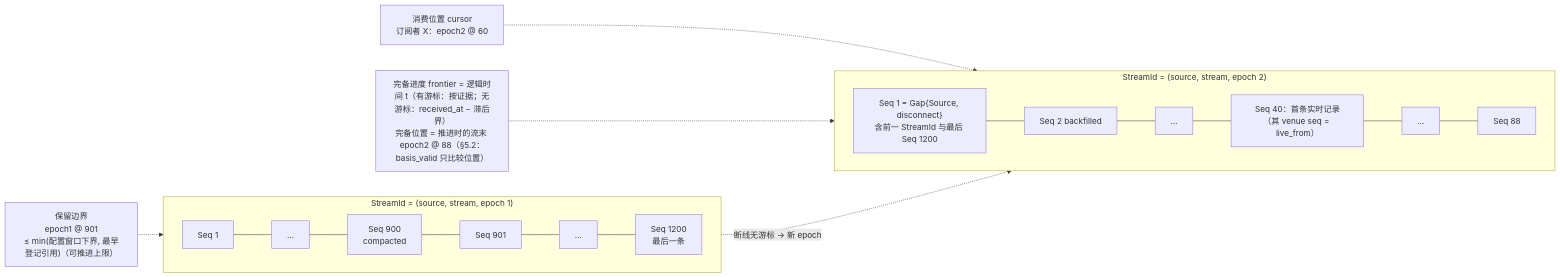
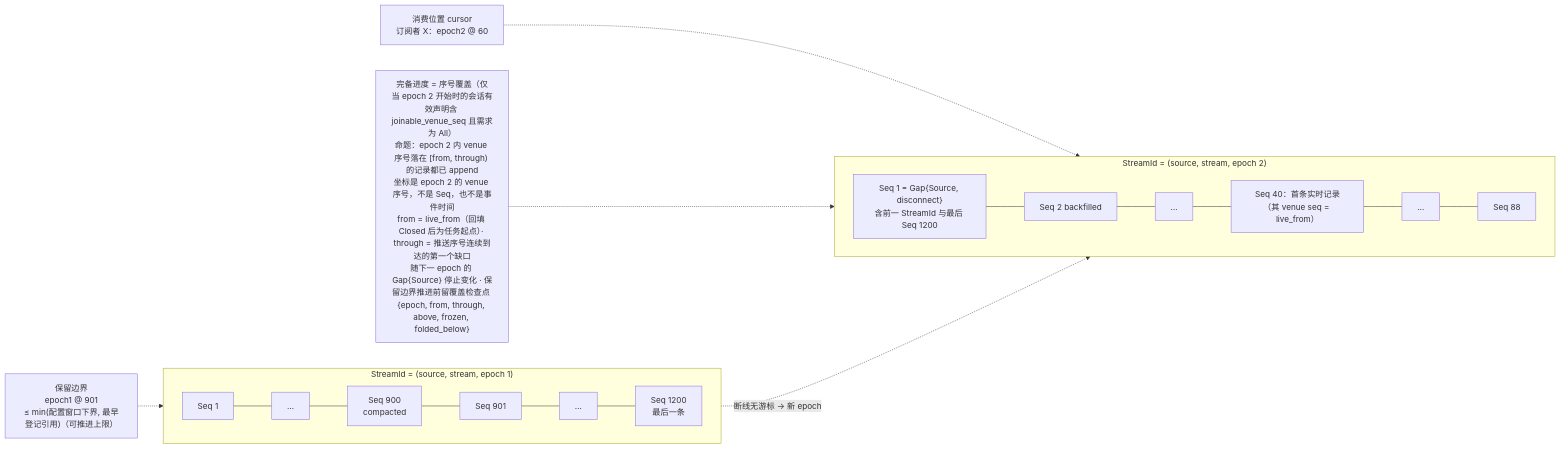
The second of 4 diagrams in design/diagrams/02-record-model.md (mouriya-s-lab/uta), drawn with Mermaid before and after one commit. The commit also changed other lines of this file and 12 other files, not shown here.

````diff
--- a/design/diagrams/02-record-model.md
+++ b/design/diagrams/02-record-model.md
@@ -42,15 +44,15 @@
 ```mermaid
 flowchart LR
   subgraph E1["StreamId = (source, stream, epoch 1)"]
     direction LR
     A1["Seq 1"] --- A2["…"] --- A3["Seq 900<br/>compacted"] --- A4["Seq 901"] --- A5["…"] --- A6["Seq 1200<br/>最后一条"]
   end
   subgraph E2["StreamId = (source, stream, epoch 2)"]
     direction LR
     B0["Seq 1 = Gap{Source, disconnect}<br/>含前一 StreamId 与最后 Seq 1200"] --- B1["Seq 2 backfilled"] --- B2["…"] --- B3["Seq 40：首条实时记录<br/>（其 venue seq = live_from）"] --- B4["…"] --- B5["Seq 88"]
   end
   A6 -.->|"断线无游标 → 新 epoch"| B0
   RET["保留边界<br/>epoch1 @ 901<br/>≤ min(配置窗口下界, 最早登记引用)（可推进上限）"] -.-> A4
   CUR["消费位置 cursor<br/>订阅者 X：epoch2 @ 60"] -.-> B4
-  FR["完备进度 frontier = 逻辑时间 t（有游标：按证据；无游标：received_at − 滞后界）<br/>完备位置 = 推进时的流末 epoch2 @ 88（§5.2：basis_valid 只比较位置）"] -.-> B5
+  COV["完备进度 = 序号覆盖（仅当 epoch 2 开始时的会话有效声明含 joinable_venue_seq 且需求为 All）<br/>命题：epoch 2 内 venue 序号落在 [from, through) 的记录都已 append<br/>坐标是 epoch 2 的 venue 序号，不是 Seq，也不是事件时间<br/>from = live_from（回填 Closed 后为任务起点）· through = 推送序号连续到达的第一个缺口<br/>随下一 epoch 的 Gap{Source} 停止变化 · 保留边界推进前留覆盖检查点 {epoch, from, through, above, frozen, folded_below}"] -.-> B3
 ```
````
